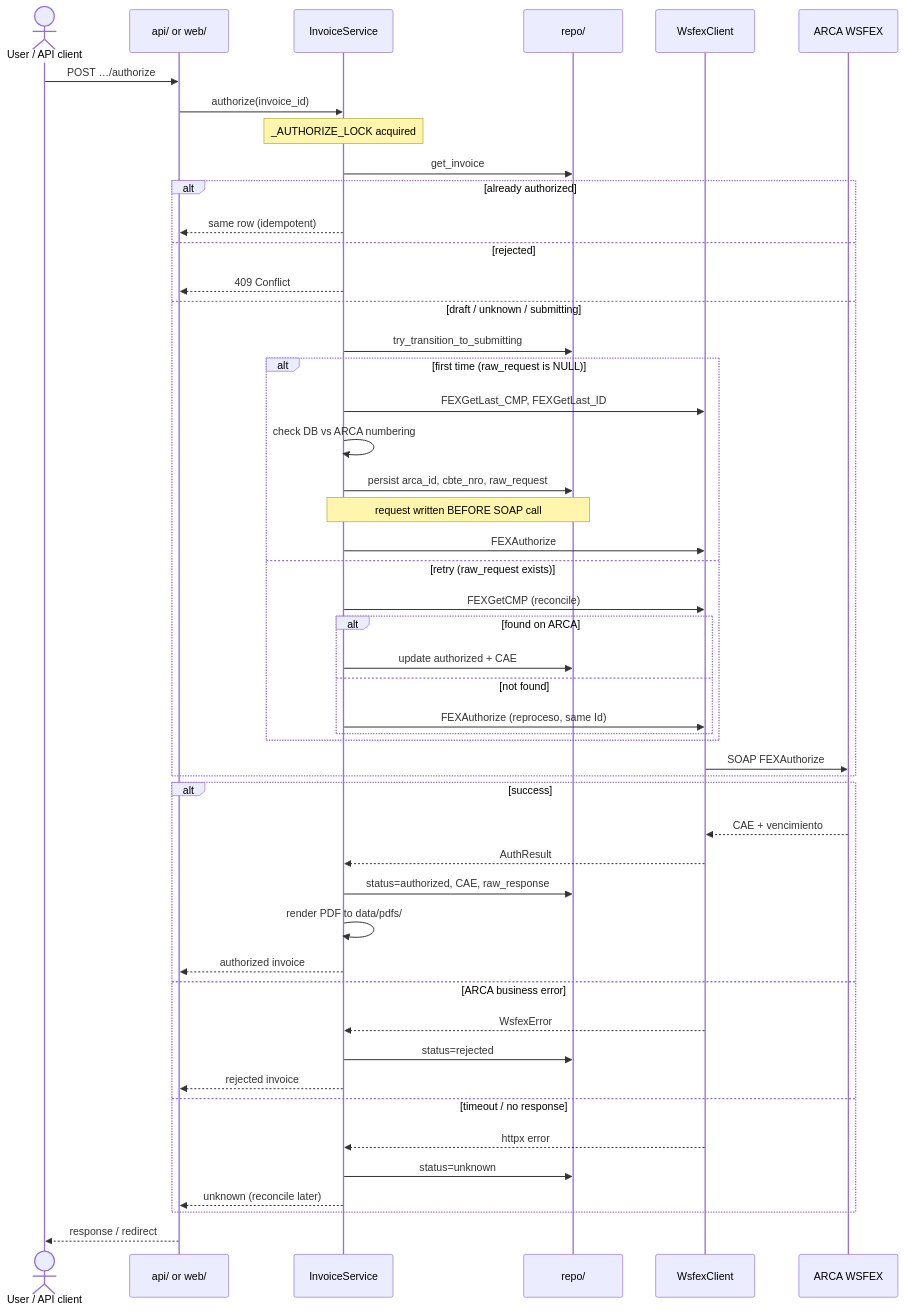
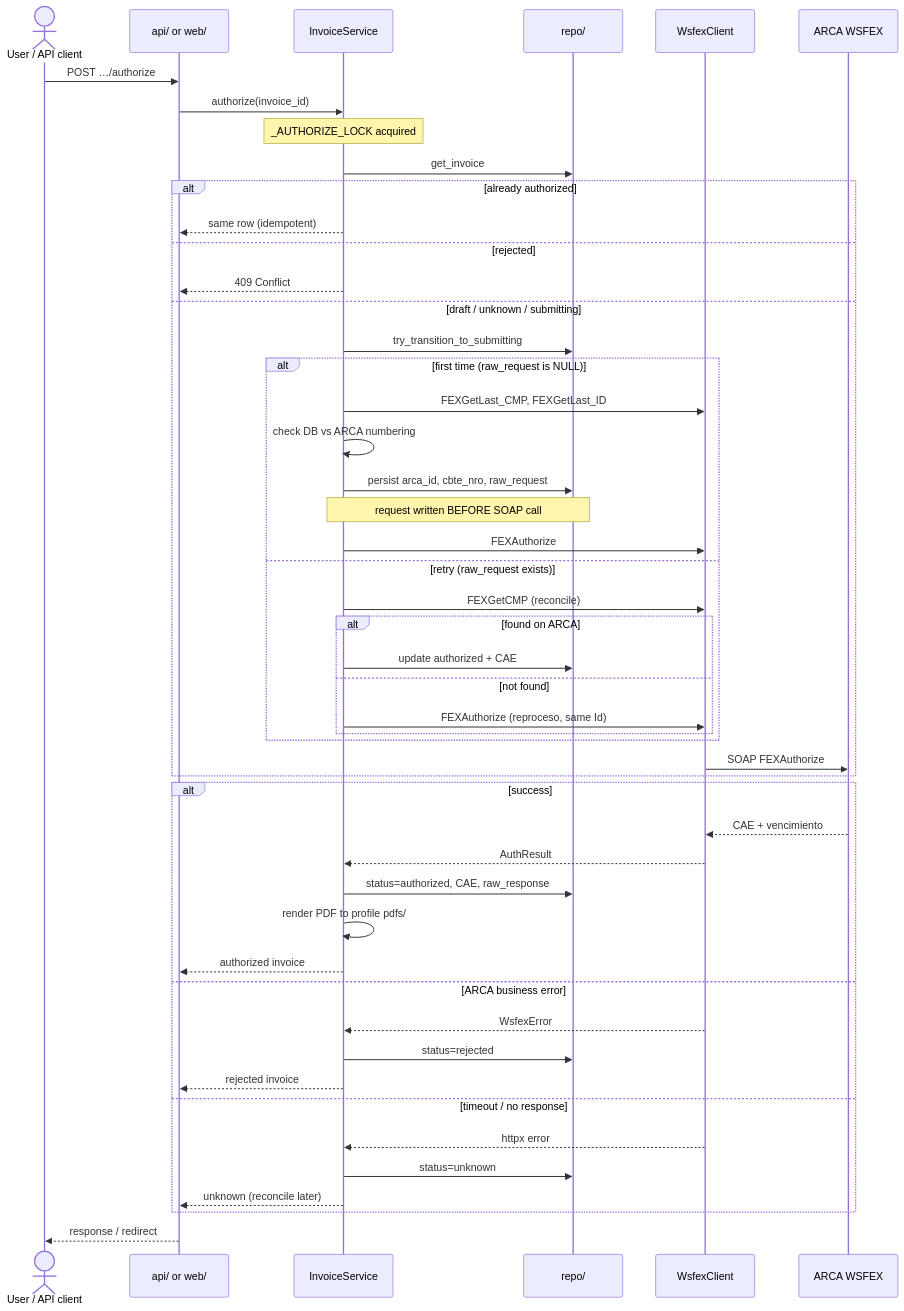
One commit to FacundoTripelhorn/facturadorE changed the fifth of 7 diagrams in docs/agent/architecture-graphs.md. Above: the diagram before and after it, drawn with Mermaid. The commit also changed other lines of this file and 10 other files, not shown here.

````diff
--- a/docs/agent/architecture-graphs.md
+++ b/docs/agent/architecture-graphs.md
@@ -193,55 +224,55 @@
 ```mermaid
 sequenceDiagram
   actor U as User / API client
   participant H as api/ or web/
   participant S as InvoiceService
   participant R as repo/
   participant W as WsfexClient
   participant A as ARCA WSFEX
 
   U->>H: POST …/authorize
   H->>S: authorize(invoice_id)
   Note over S: _AUTHORIZE_LOCK acquired
 
   S->>R: get_invoice
   alt already authorized
     S-->>H: same row (idempotent)
   else rejected
     S-->>H: 409 Conflict
   else draft / unknown / submitting
     S->>R: try_transition_to_submitting
     alt first time (raw_request is NULL)
       S->>W: FEXGetLast_CMP, FEXGetLast_ID
       S->>S: check DB vs ARCA numbering
       S->>R: persist arca_id, cbte_nro, raw_request
       Note over S,R: request written BEFORE SOAP call
       S->>W: FEXAuthorize
     else retry (raw_request exists)
       S->>W: FEXGetCMP (reconcile)
       alt found on ARCA
         S->>R: update authorized + CAE
       else not found
         S->>W: FEXAuthorize (reproceso, same Id)
       end
     end
     W->>A: SOAP FEXAuthorize
   end
 
   alt success
     A-->>W: CAE + vencimiento
     W-->>S: AuthResult
     S->>R: status=authorized, CAE, raw_response
-    S->>S: render PDF to data/pdfs/
+    S->>S: render PDF to profile pdfs/
     S-->>H: authorized invoice
   else ARCA business error
     W-->>S: WsfexError
     S->>R: status=rejected
     S-->>H: rejected invoice
   else timeout / no response
     W-->>S: httpx error
     S->>R: status=unknown
     S-->>H: unknown (reconcile later)
   end
 
   H-->>U: response / redirect
 ```
````
